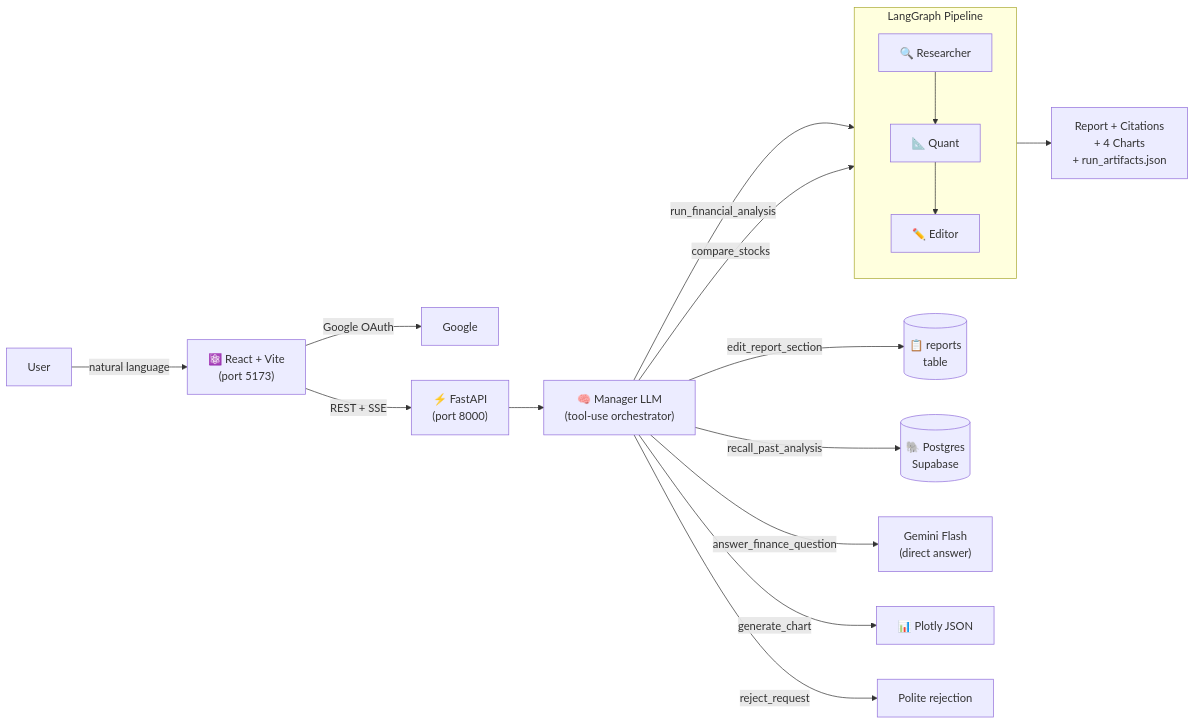
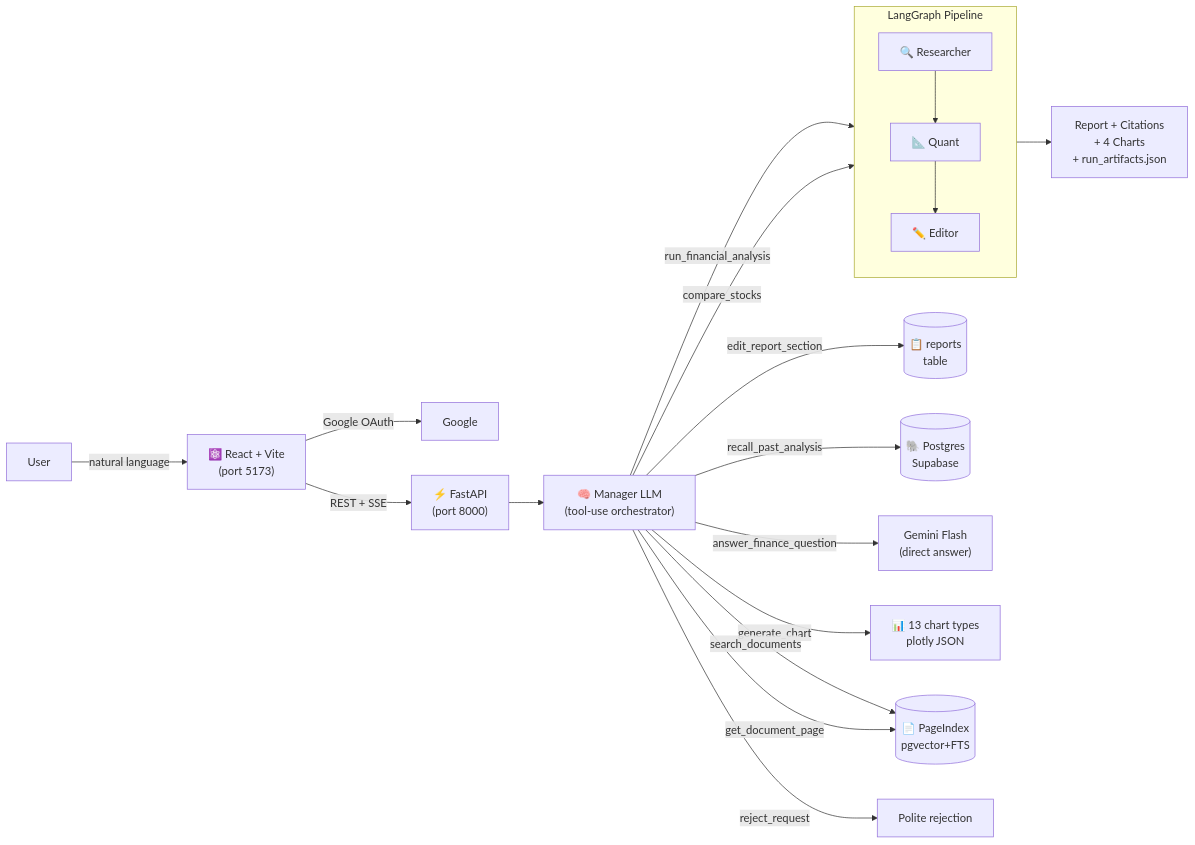
One commit to MTawhid7/ai-financial-analysis-agent changed the diagram in README.md. Above: the diagram before and after it, drawn with Mermaid. The commit also changed other lines of this file and 14 other files, not shown here.

````diff
--- a/README.md
+++ b/README.md
@@ -34,21 +38,23 @@
 ```mermaid
 flowchart LR
     User -->|natural language| React["⚛️ React + Vite\n(port 5173)"]
     React -->|Google OAuth| Google[Google]
     React -->|REST + SSE| API["⚡ FastAPI\n(port 8000)"]
     API --> MGR["🧠 Manager LLM\n(tool-use orchestrator)"]
 
     MGR -->|run_financial_analysis| Pipeline
     MGR -->|compare_stocks| Pipeline
     MGR -->|edit_report_section| DB2[("📋 reports\ntable")]
     MGR -->|recall_past_analysis| DB[("🐘 Postgres\nSupabase")]
     MGR -->|answer_finance_question| LLM["Gemini Flash\n(direct answer)"]
-    MGR -->|generate_chart| Charts["📊 Plotly JSON"]
+    MGR -->|generate_chart| Charts["📊 13 chart types\nplotly JSON"]
+    MGR -->|search_documents| PageIdx[("📄 PageIndex\npgvector+FTS")]
+    MGR -->|get_document_page| PageIdx
     MGR -->|reject_request| Reject["Polite rejection"]
 
     subgraph Pipeline ["LangGraph Pipeline"]
         R["🔍 Researcher"] --> Q["📐 Quant"] --> E["✏️ Editor"]
     end
 
     Pipeline --> Report["Report + Citations\n+ 4 Charts\n+ run_artifacts.json"]
 ```
````
